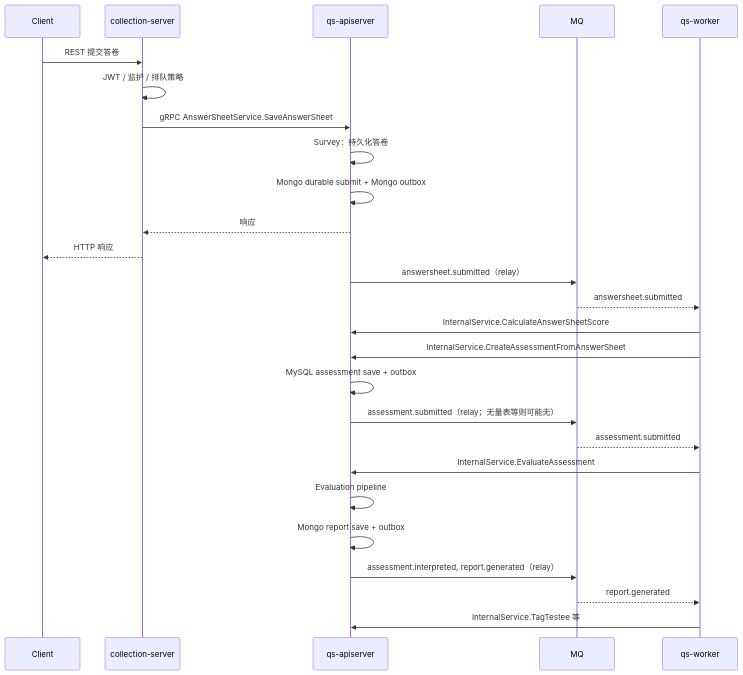
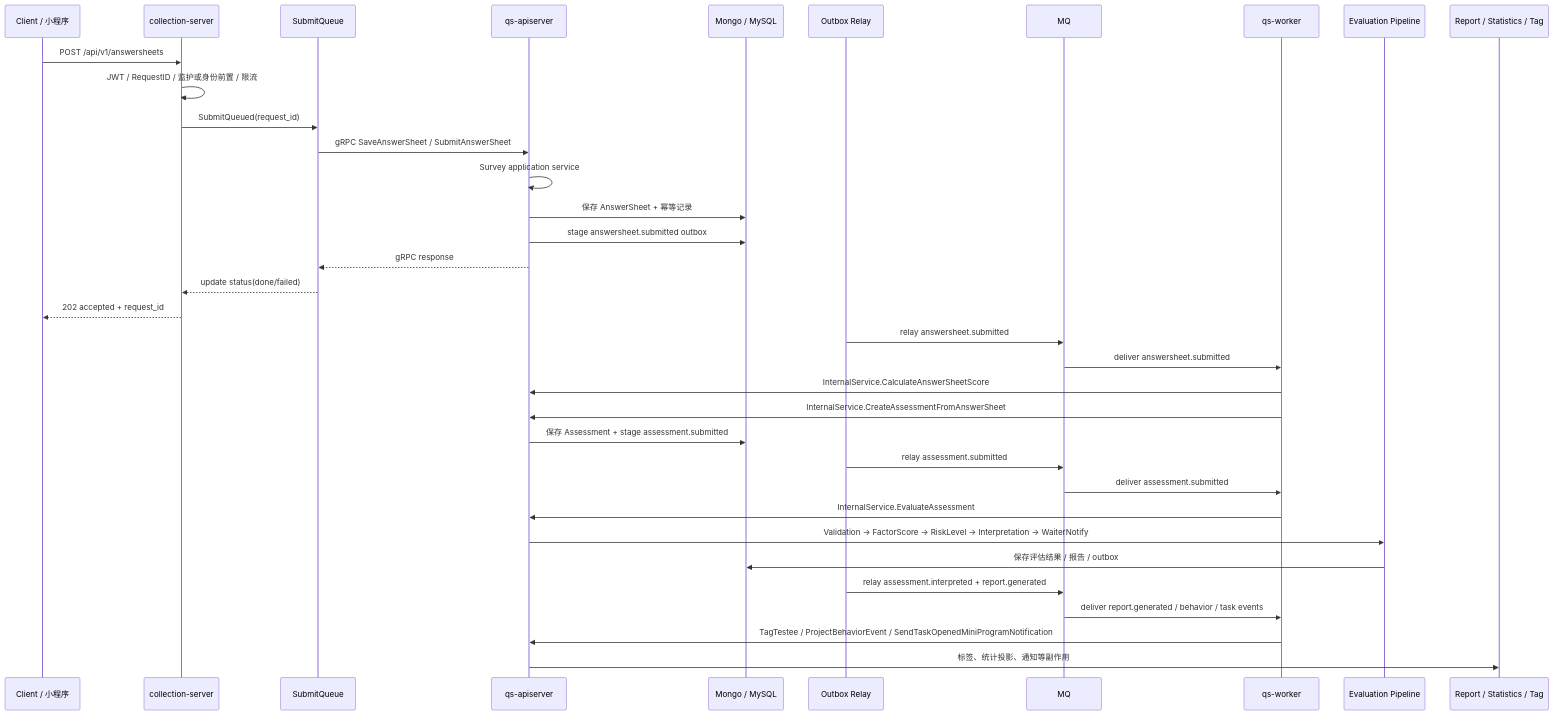
One commit to FangcunMount/qs-server changed the first of 6 diagrams in docs/00-总览/03-核心业务链路.md. Above: the diagram before and after it, drawn with Mermaid. The commit also changed other lines of this file and 18 other files, not shown here.

````diff
--- a/docs/00-总览/03-核心业务链路.md
+++ b/docs/00-总览/03-核心业务链路.md
@@ -27,32 +26,41 @@
 ```mermaid
 sequenceDiagram
-    participant C as Client
-    participant Col as collection-server
-    participant API as qs-apiserver
+    participant U as Client / 小程序
+    participant C as collection-server
+    participant Q as SubmitQueue
+    participant A as qs-apiserver
+    participant DB as Mongo / MySQL
+    participant O as Outbox Relay
     participant MQ as MQ
     participant W as qs-worker
+    participant E as Evaluation Pipeline
+    participant R as Report / Statistics / Tag
 
-    C->>Col: REST 提交答卷
-    Col->>Col: JWT / 监护 / 排队策略
-    Col->>API: gRPC AnswerSheetService.SaveAnswerSheet
-    API->>API: Survey：持久化答卷
-    API->>API: Mongo durable submit + Mongo outbox
-    API-->>Col: 响应
-    Col-->>C: HTTP 响应
-    API->>MQ: answersheet.submitted（relay）
+    U->>C: POST /api/v1/answersheets
+    C->>C: JWT / RequestID / 监护或身份前置 / 限流
+    C->>Q: SubmitQueued(request_id)
+    Q->>A: gRPC SaveAnswerSheet / SubmitAnswerSheet
+    A->>A: Survey application service
+    A->>DB: 保存 AnswerSheet + 幂等记录
+    A->>DB: stage answersheet.submitted outbox
+    A-->>Q: gRPC response
+    Q-->>C: update status(done/failed)
+    C-->>U: 202 accepted + request_id
 
-    MQ-->>W: answersheet.submitted
-    W->>API: InternalService.CalculateAnswerSheetScore
-    W->>API: InternalService.CreateAssessmentFromAnswerSheet
-    API->>API: MySQL assessment save + outbox
-    API->>MQ: assessment.submitted（relay；无量表等则可能无）
+    O->>MQ: relay answersheet.submitted
+    MQ->>W: deliver answersheet.submitted
+    W->>A: InternalService.CalculateAnswerSheetScore
+    W->>A: InternalService.CreateAssessmentFromAnswerSheet
+    A->>DB: 保存 Assessment + stage assessment.submitted
 
-    MQ-->>W: assessment.submitted
-    W->>API: InternalService.EvaluateAssessment
-    API->>API: Evaluation pipeline
-    API->>API: Mongo report save + outbox
-    API->>MQ: assessment.interpreted, report.generated（relay）
+    O->>MQ: relay assessment.submitted
+    MQ->>W: deliver assessment.submitted
+    W->>A: InternalService.EvaluateAssessment
+    A->>E: Validation -> FactorScore -> RiskLevel -> Interpretation -> WaiterNotify
+    E->>DB: 保存评估结果 / 报告 / outbox
+    O->>MQ: relay assessment.interpreted + report.generated
 
-    MQ-->>W: report.generated
-    W->>API: InternalService.TagTestee 等
+    MQ->>W: deliver report.generated / behavior / task events
+    W->>A: TagTestee / ProjectBehaviorEvent / SendTaskOpenedMiniProgramNotification
+    A->>R: 标签、统计投影、通知等副作用
 ```
````
